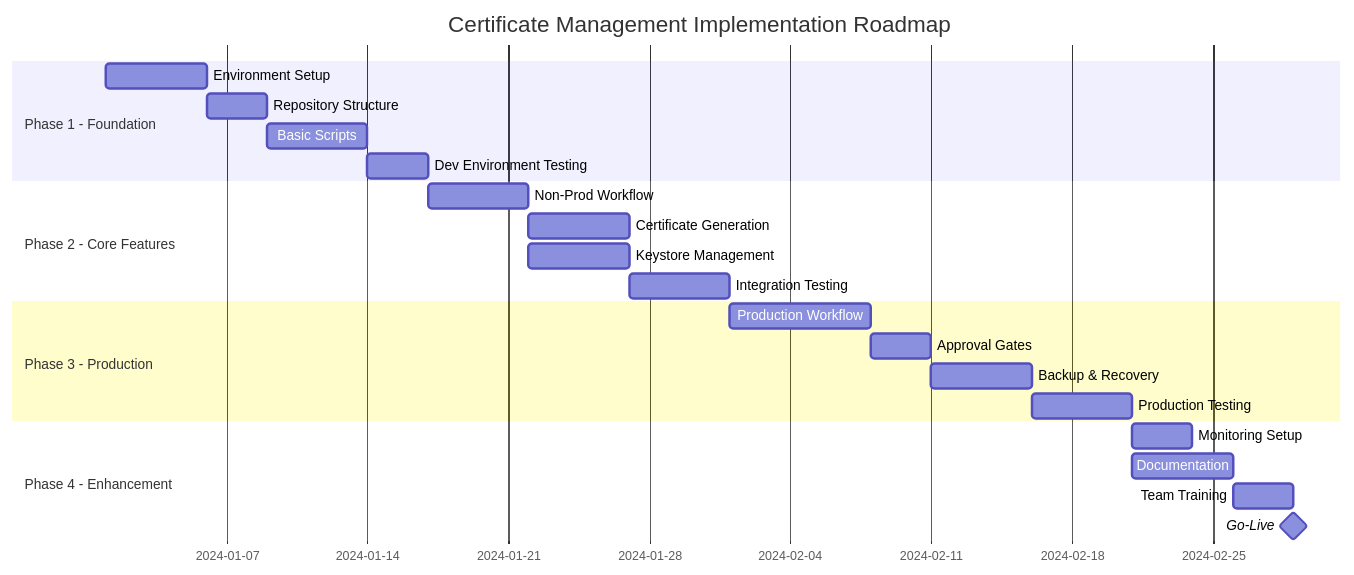
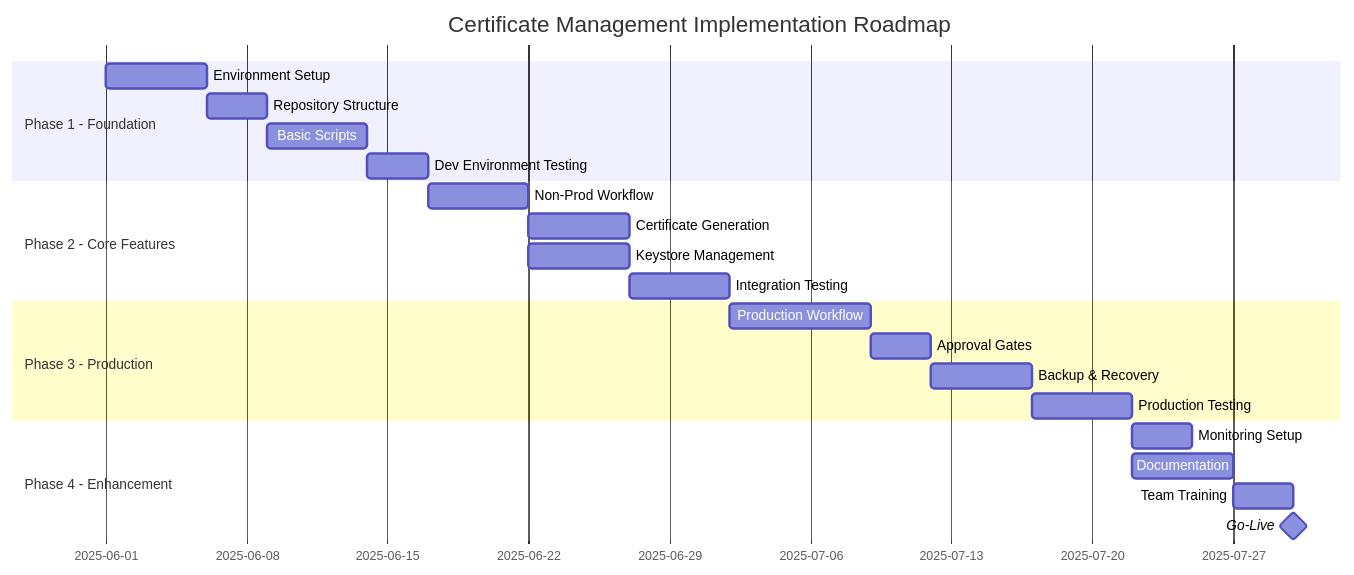
The first of 2 diagrams in Implementation Steps & Best Practices.md (wlxapatil/apigee-cert-mgmt-doc), drawn with Mermaid before and after one commit.

Commit message:
Update Implementation Steps & Best Practices.md

````diff
--- a/Implementation Steps & Best Practices.md
+++ b/Implementation Steps & Best Practices.md
@@ -20,28 +20,28 @@
 ```mermaid
 gantt
     title Certificate Management Implementation Roadmap
-    dateFormat  YYYY-MM-DD
+    dateFormat  DD-MM-YYYY
     section Phase 1 - Foundation
-    Environment Setup           :a1, 2024-01-01, 5d
+    Environment Setup           :a1, 01-06-2025, 5d
     Repository Structure        :a2, after a1, 3d
     Basic Scripts              :a3, after a2, 5d
     Dev Environment Testing    :a4, after a3, 3d
     
     section Phase 2 - Core Features
     Non-Prod Workflow          :b1, after a4, 5d
     Certificate Generation     :b2, after b1, 5d
     Keystore Management        :b3, after b1, 5d
     Integration Testing        :b4, after b3, 5d
     
     section Phase 3 - Production
     Production Workflow        :c1, after b4, 7d
     Approval Gates            :c2, after c1, 3d
     Backup & Recovery         :c3, after c2, 5d
     Production Testing        :c4, after c3, 5d
     
     section Phase 4 - Enhancement
     Monitoring Setup          :d1, after c4, 3d
     Documentation            :d2, after c4, 5d
     Team Training            :d3, after d2, 3d
     Go-Live                  :milestone, after d3, 0d
 ```
````
